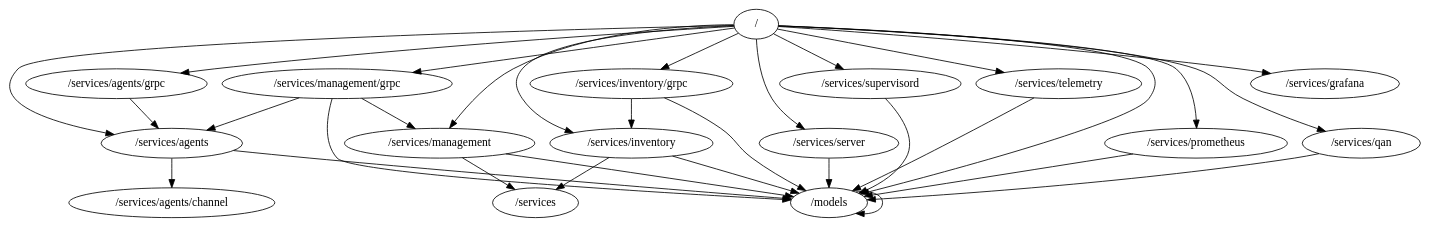
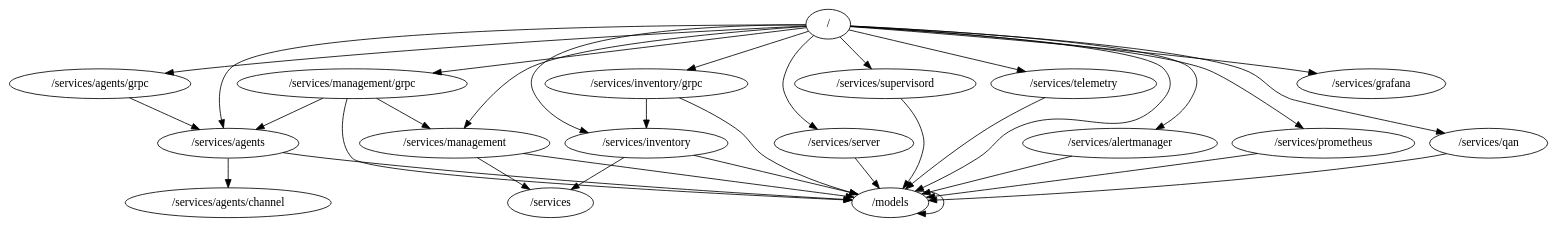
The diagram in packages.dot (percona/pmm), drawn with Graphviz before and after one commit. The commit also changed 322 other files, not shown here.

```diff
--- a/packages.dot
+++ b/packages.dot
@@ -1,33 +1,35 @@
 digraph packages {
 	"/" -> "/models";
 	"/" -> "/services/agents";
 	"/" -> "/services/agents/grpc";
+	"/" -> "/services/alertmanager";
 	"/" -> "/services/grafana";
 	"/" -> "/services/inventory";
 	"/" -> "/services/inventory/grpc";
 	"/" -> "/services/management";
 	"/" -> "/services/management/grpc";
 	"/" -> "/services/prometheus";
 	"/" -> "/services/qan";
 	"/" -> "/services/server";
 	"/" -> "/services/supervisord";
 	"/" -> "/services/telemetry";
 	"/models" -> "/models";
 	"/services/agents" -> "/models";
 	"/services/agents" -> "/services/agents/channel";
 	"/services/agents/grpc" -> "/services/agents";
+	"/services/alertmanager" -> "/models";
 	"/services/inventory" -> "/models";
 	"/services/inventory" -> "/services";
 	"/services/inventory/grpc" -> "/models";
 	"/services/inventory/grpc" -> "/services/inventory";
 	"/services/management" -> "/models";
 	"/services/management" -> "/services";
 	"/services/management/grpc" -> "/models";
 	"/services/management/grpc" -> "/services/agents";
 	"/services/management/grpc" -> "/services/management";
 	"/services/prometheus" -> "/models";
 	"/services/qan" -> "/models";
 	"/services/server" -> "/models";
 	"/services/supervisord" -> "/models";
 	"/services/telemetry" -> "/models";
 }
```
